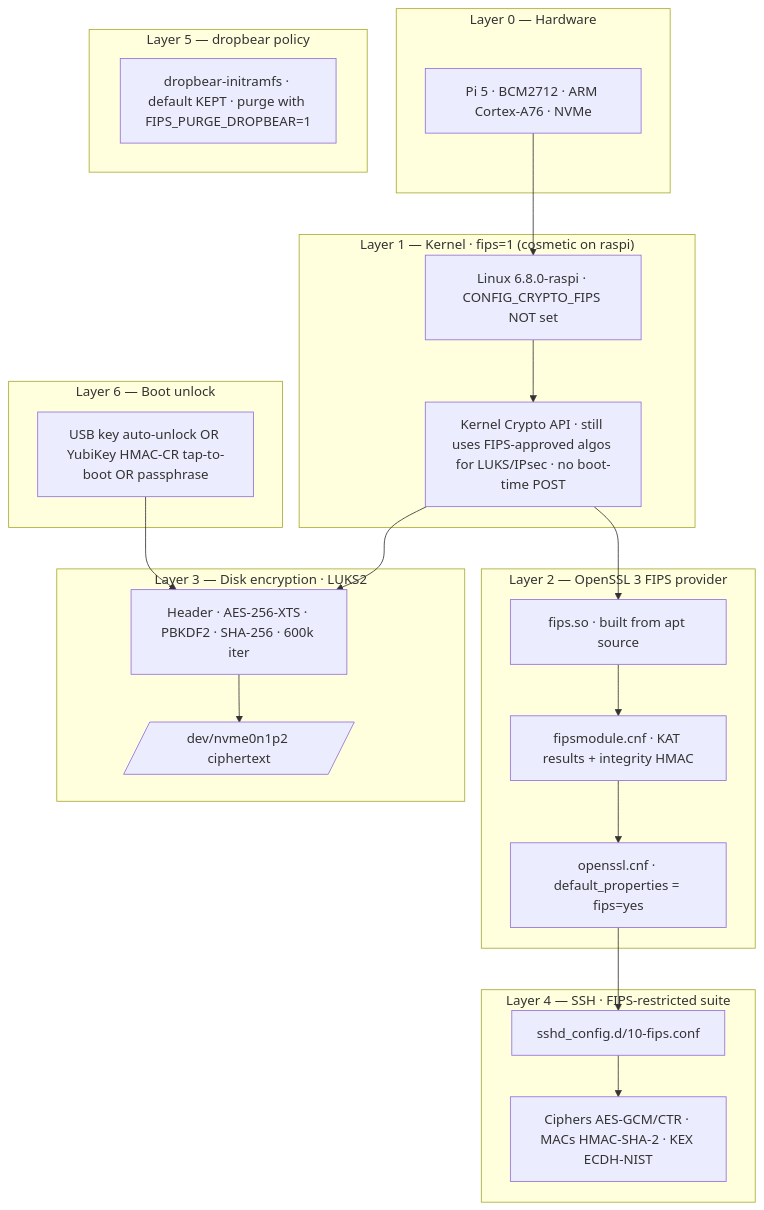
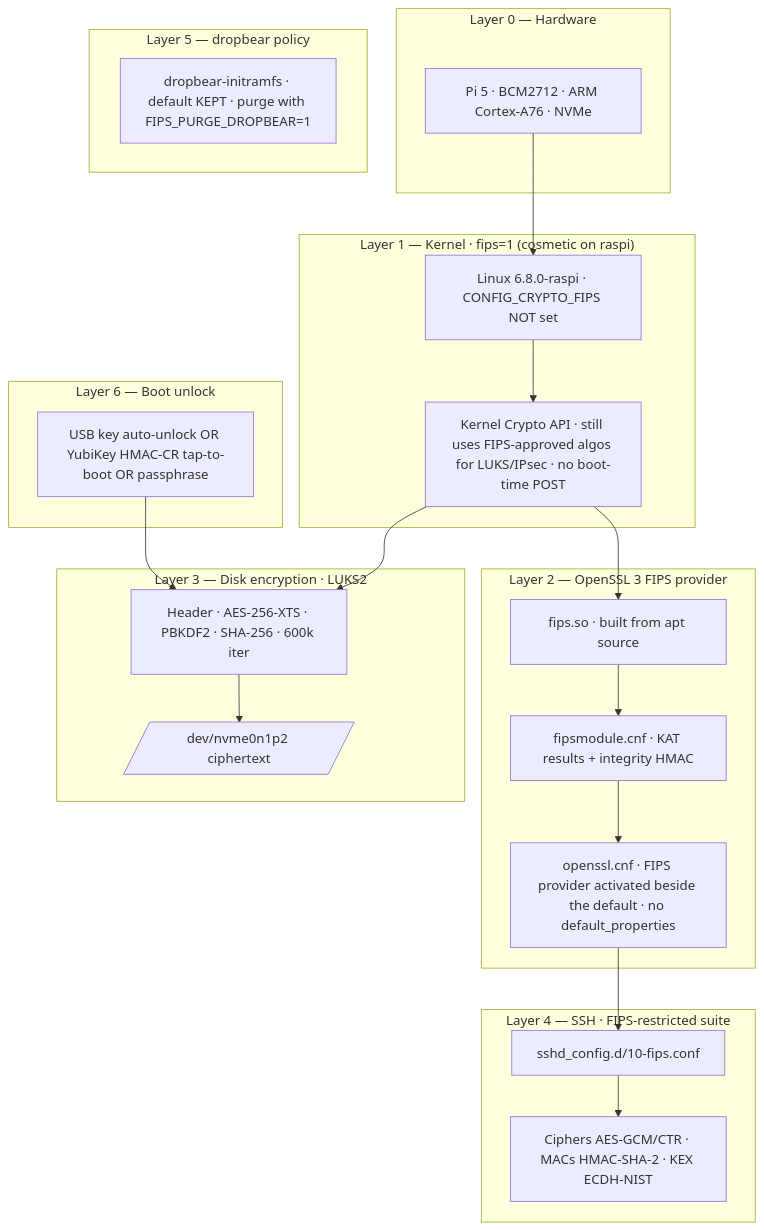
The diagram in ops/rpi-base-image/README.md (USAREUR-AF/goatcore), drawn with Mermaid before and after one commit. The commit also changed other lines of this file and 7 other files, not shown here.

````diff
--- a/ops/rpi-base-image/README.md
+++ b/ops/rpi-base-image/README.md
@@ -49,46 +49,46 @@
 ```mermaid
 graph TB
     subgraph L0["Layer 0 — Hardware"]
         HW[Pi 5 · BCM2712 · ARM Cortex-A76 · NVMe]
     end
 
     subgraph L1["Layer 1 — Kernel · fips=1 (cosmetic on raspi)"]
         K[Linux 6.8.0-raspi · CONFIG_CRYPTO_FIPS NOT set]
         KC[Kernel Crypto API · still uses FIPS-approved algos for LUKS/IPsec · no boot-time POST]
     end
 
     subgraph L2["Layer 2 — OpenSSL 3 FIPS provider"]
         FIPS[fips.so · built from apt source]
         CNF[fipsmodule.cnf · KAT results + integrity HMAC]
-        OSSL[openssl.cnf · default_properties = fips=yes]
+        OSSL[openssl.cnf · FIPS provider activated beside the default · no default_properties]
     end
 
     subgraph L3["Layer 3 — Disk encryption · LUKS2"]
         LUKS[Header · AES-256-XTS · PBKDF2 · SHA-256 · 600k iter]
         CIPHERTEXT[/dev/nvme0n1p2 ciphertext/]
     end
 
     subgraph L4["Layer 4 — SSH · FIPS-restricted suite"]
         SSHD[sshd_config.d/10-fips.conf]
         ALGS[Ciphers AES-GCM/CTR · MACs HMAC-SHA-2 · KEX ECDH-NIST]
     end
 
     subgraph L5["Layer 5 — dropbear policy"]
         DROPBEAR[dropbear-initramfs · default KEPT · purge with FIPS_PURGE_DROPBEAR=1]
     end
 
     subgraph L6["Layer 6 — Boot unlock"]
         UNLOCK[USB key auto-unlock OR YubiKey HMAC-CR tap-to-boot OR passphrase]
     end
 
     HW --> K
     K --> KC
     KC --> FIPS
     FIPS --> CNF
     CNF --> OSSL
     OSSL --> SSHD
     KC --> LUKS
     LUKS --> CIPHERTEXT
     SSHD --> ALGS
     UNLOCK --> LUKS
 ```
````
